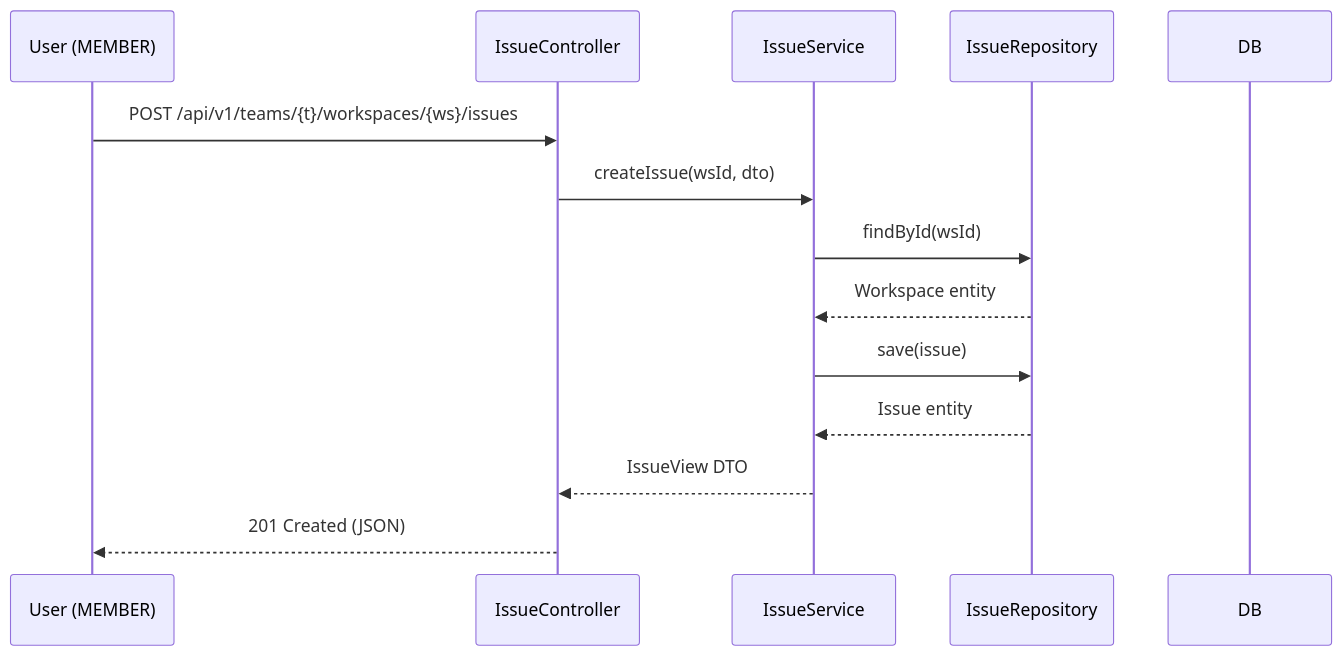
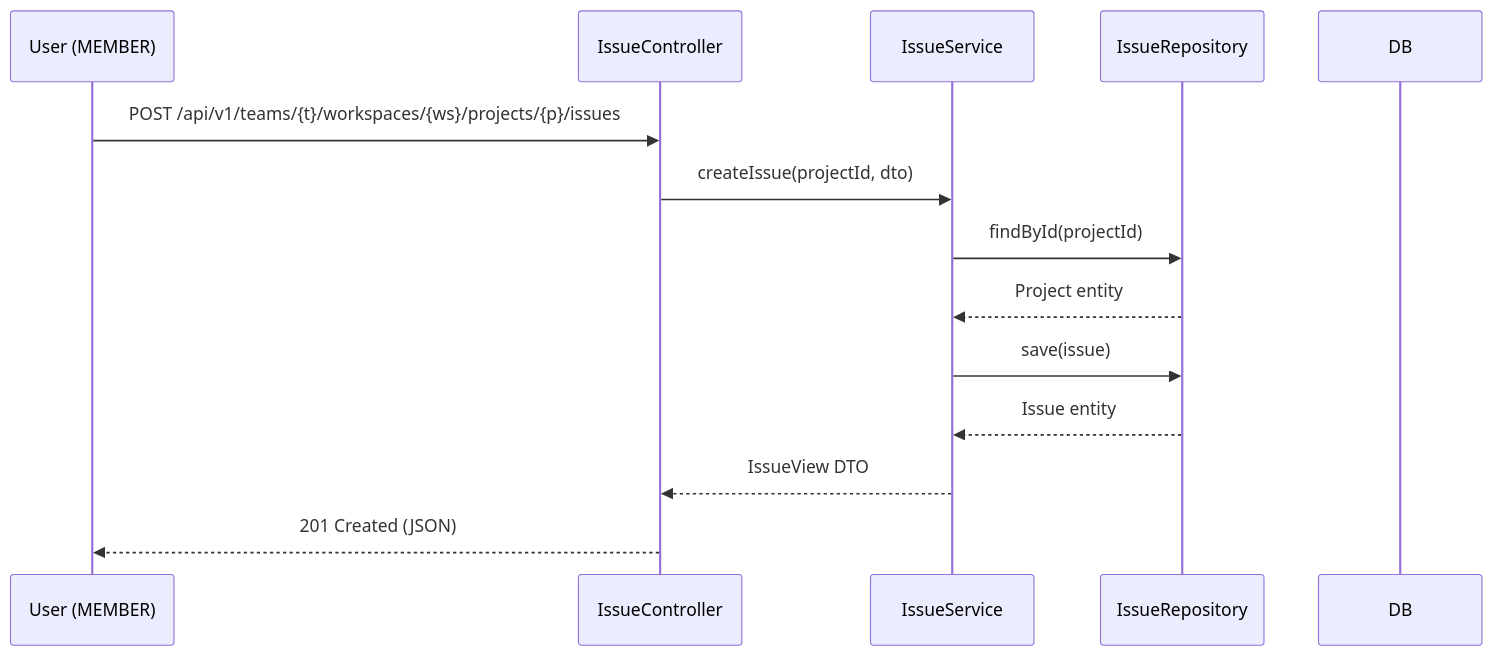
One commit to telesvar/projective changed the third of 4 diagrams in docs/design.md. Above: the diagram before and after it, drawn with Mermaid. The commit also changed other lines of this file and 26 other files, not shown here.

First line of the commit message:
migrate to Team-Workspace-Project hierarchy and granular roles

````diff
--- a/docs/design.md
+++ b/docs/design.md
@@ -139,17 +139,17 @@
 ```mermaid
 sequenceDiagram
     participant U as User (MEMBER)
     participant C as IssueController
     participant S as IssueService
     participant R as IssueRepository
     participant DB
 
-    U->>C: POST /api/v1/teams/{t}/workspaces/{ws}/issues
-    C->>S: createIssue(wsId, dto)
-    S->>R: findById(wsId)
-    R-->>S: Workspace entity
+    U->>C: POST /api/v1/teams/{t}/workspaces/{ws}/projects/{p}/issues
+    C->>S: createIssue(projectId, dto)
+    S->>R: findById(projectId)
+    R-->>S: Project entity
     S->>R: save(issue)
     R-->>S: Issue entity
     S-->>C: IssueView DTO
     C-->>U: 201 Created (JSON)
 ```
````
